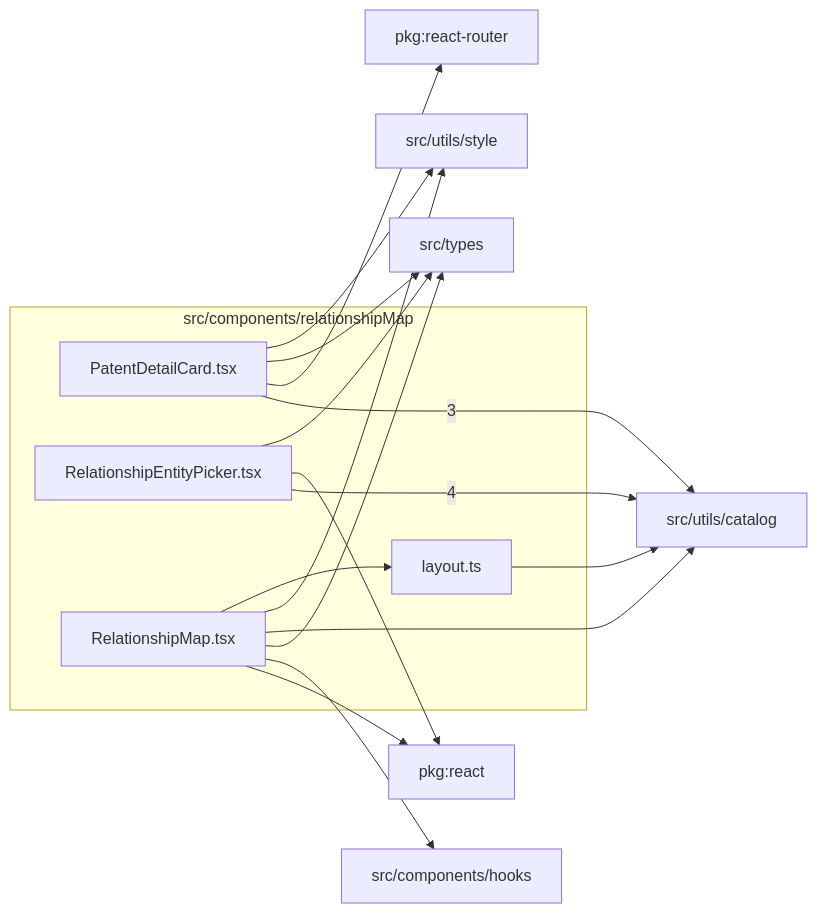
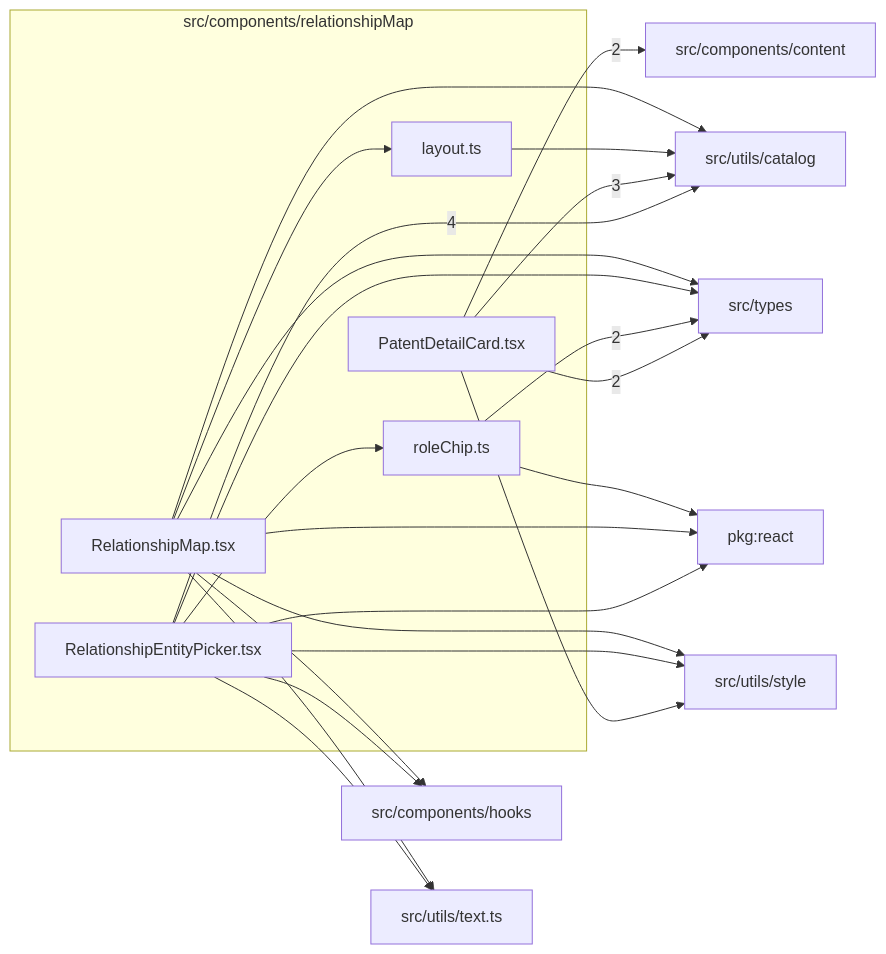
The diagram in src/components/relationshipMap/readme.md (ronbuening/LensVisualizer), drawn with Mermaid before and after one commit. The commit also changed other lines of this file and 149 other files, not shown here.

````diff
--- a/src/components/relationshipMap/readme.md
+++ b/src/components/relationshipMap/readme.md
@@ -9,29 +9,38 @@
 ```mermaid
 flowchart LR
   subgraph n_src_components_relationshipMap["src/components/relationshipMap"]
     n_src_components_relationshipMap_src_components_relationshipMap_layout_ts["layout.ts"]
     n_src_components_relationshipMap_src_components_relationshipMap_PatentDetailCard_tsx["PatentDetailCard.tsx"]
     n_src_components_relationshipMap_src_components_relationshipMap_RelationshipEntityPicker_tsx["RelationshipEntityPicker.tsx"]
     n_src_components_relationshipMap_src_components_relationshipMap_RelationshipMap_tsx["RelationshipMap.tsx"]
+    n_src_components_relationshipMap_src_components_relationshipMap_roleChip_ts["roleChip.ts"]
   end
   n_external_src_utils_catalog["src/utils/catalog"]
+  n_external_src_components_content["src/components/content"]
+  n_external_src_types["src/types"]
   n_external_pkg_react["pkg:react"]
-  n_external_pkg_react_router["pkg:react-router"]
   n_external_src_components_hooks["src/components/hooks"]
-  n_external_src_types["src/types"]
   n_external_src_utils_style["src/utils/style"]
+  n_external_src_utils_text_ts["src/utils/text.ts"]
   n_src_components_relationshipMap_src_components_relationshipMap_RelationshipEntityPicker_tsx --> |4| n_external_src_utils_catalog
   n_src_components_relationshipMap_src_components_relationshipMap_PatentDetailCard_tsx --> |3| n_external_src_utils_catalog
+  n_src_components_relationshipMap_src_components_relationshipMap_PatentDetailCard_tsx --> |2| n_external_src_components_content
+  n_src_components_relationshipMap_src_components_relationshipMap_PatentDetailCard_tsx --> |2| n_external_src_types
+  n_src_components_relationshipMap_src_components_relationshipMap_roleChip_ts --> |2| n_external_src_types
   n_src_components_relationshipMap_src_components_relationshipMap_RelationshipEntityPicker_tsx --> n_external_pkg_react
   n_src_components_relationshipMap_src_components_relationshipMap_RelationshipMap_tsx --> n_external_pkg_react
-  n_src_components_relationshipMap_src_components_relationshipMap_PatentDetailCard_tsx --> n_external_pkg_react_router
+  n_src_components_relationshipMap_src_components_relationshipMap_roleChip_ts --> n_external_pkg_react
+  n_src_components_relationshipMap_src_components_relationshipMap_RelationshipEntityPicker_tsx --> n_external_src_components_hooks
   n_src_components_relationshipMap_src_components_relationshipMap_RelationshipMap_tsx --> n_external_src_components_hooks
-  n_src_components_relationshipMap_src_components_relationshipMap_PatentDetailCard_tsx --> n_external_src_types
   n_src_components_relationshipMap_src_components_relationshipMap_RelationshipEntityPicker_tsx --> n_external_src_types
   n_src_components_relationshipMap_src_components_relationshipMap_RelationshipMap_tsx --> n_external_src_types
   n_src_components_relationshipMap_src_components_relationshipMap_layout_ts --> n_external_src_utils_catalog
   n_src_components_relationshipMap_src_components_relationshipMap_RelationshipMap_tsx --> n_external_src_utils_catalog
   n_src_components_relationshipMap_src_components_relationshipMap_PatentDetailCard_tsx --> n_external_src_utils_style
+  n_src_components_relationshipMap_src_components_relationshipMap_RelationshipEntityPicker_tsx --> n_external_src_utils_style
   n_src_components_relationshipMap_src_components_relationshipMap_RelationshipMap_tsx --> n_external_src_utils_style
+  n_src_components_relationshipMap_src_components_relationshipMap_RelationshipEntityPicker_tsx --> n_external_src_utils_text_ts
+  n_src_components_relationshipMap_src_components_relationshipMap_RelationshipMap_tsx --> n_external_src_utils_text_ts
   n_src_components_relationshipMap_src_components_relationshipMap_RelationshipMap_tsx --> n_src_components_relationshipMap_src_components_relationshipMap_layout_ts
+  n_src_components_relationshipMap_src_components_relationshipMap_RelationshipEntityPicker_tsx --> n_src_components_relationshipMap_src_components_relationshipMap_roleChip_ts
 ```
````
